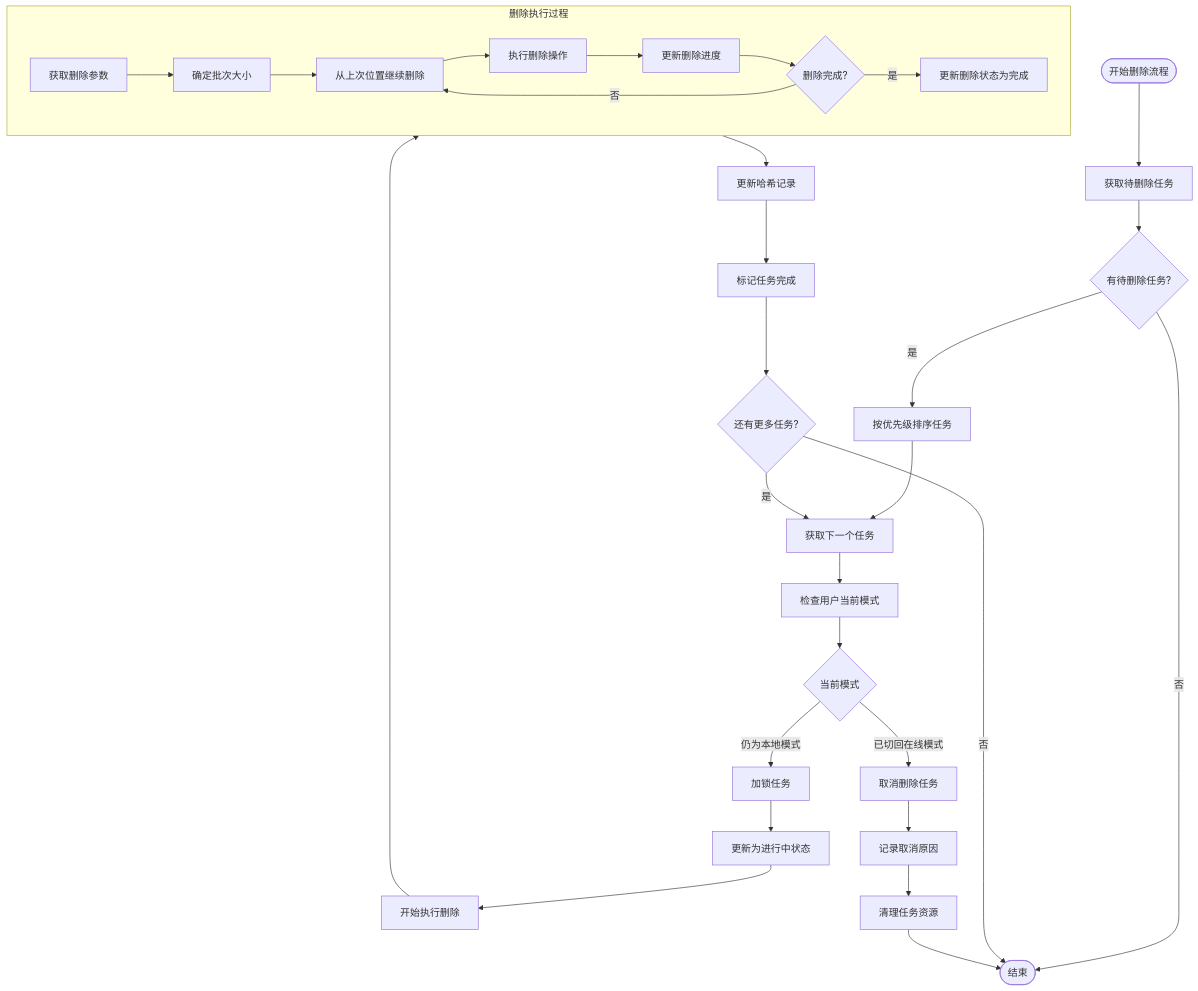
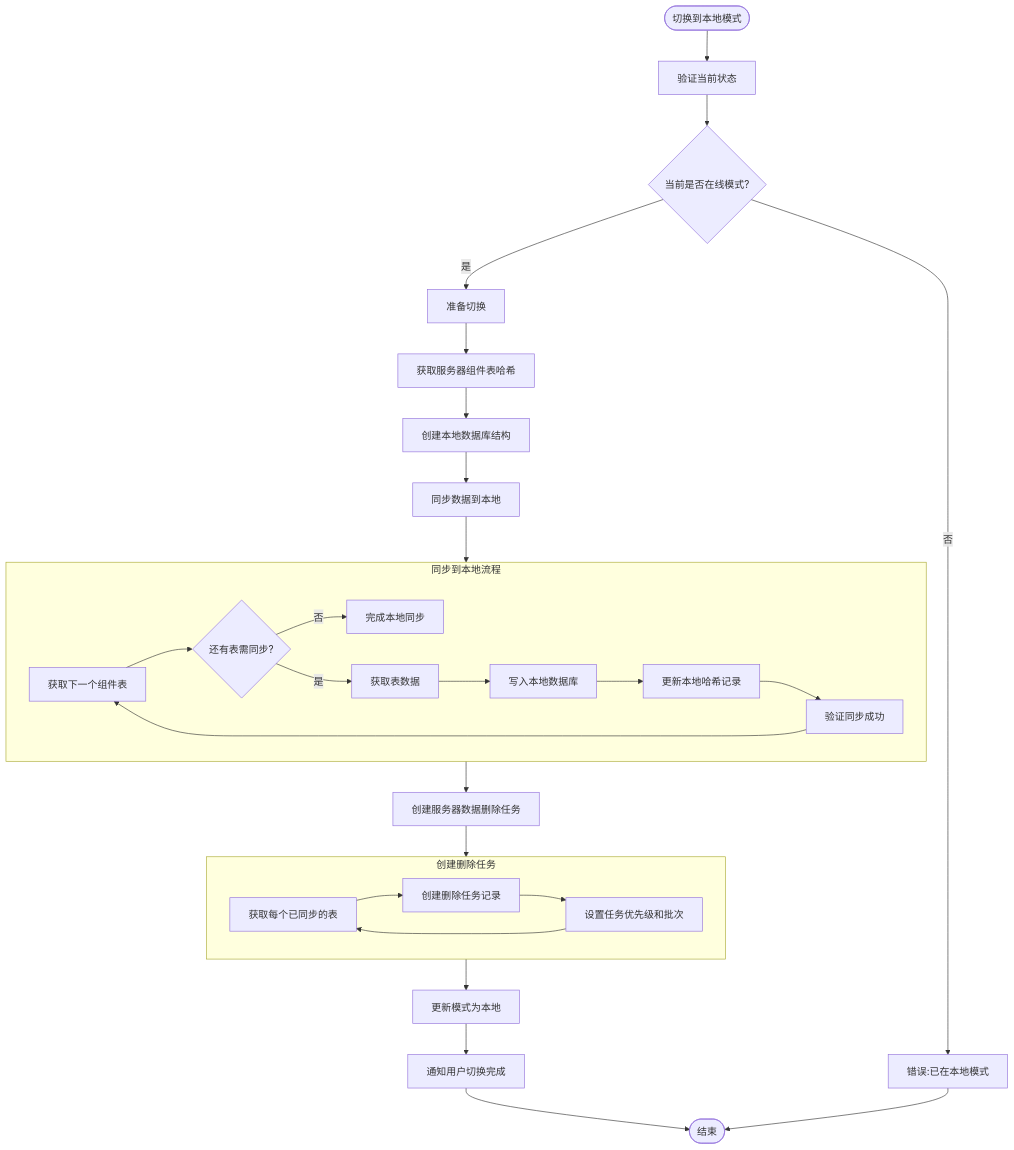
The diagram in all/未命名-51.md (yingjianzh/iodraw-files), drawn with Mermaid before and after one commit.

Commit message:
2025-05-08 15:16:28 update

````diff
--- a/all/未命名-51.md
+++ b/all/未命名-51.md
@@ -1,42 +1,39 @@
 ```mermaid
 flowchart TD
-    Start([开始删除流程]) --> FetchTasks[获取待删除任务]
-    FetchTasks --> HasTasks{有待删除任务?}
+    Start([切换到本地模式]) --> ValidateState[验证当前状态]
+    ValidateState --> CurrentMode{当前是否在线模式?}
     
-    HasTasks -->|否| End([结束])
-    HasTasks -->|是| PrioritizeTasks[按优先级排序任务]
+    CurrentMode -->|否| ErrorMode[错误:已在本地模式]
+    CurrentMode -->|是| PrepareTransition[准备切换]
     
-    PrioritizeTasks --> GetNextTask[获取下一个任务]
-    GetNextTask --> CheckUserMode[检查用户当前模式]
+    PrepareTransition --> A[获取服务器组件表哈希]
+    A --> B[创建本地数据库结构]
+    B --> SyncToLocal[同步数据到本地]
     
-    CheckUserMode --> CurrentMode{当前模式}
-    CurrentMode -->|已切回在线模式| TaskCancel[取消删除任务]
-    CurrentMode -->|仍为本地模式| LockTask[加锁任务]
-    
-    LockTask --> UpdateStatus[更新为进行中状态]
-    UpdateStatus --> BeginDeletion[开始执行删除]
-    
-    subgraph DeletionProcess [删除执行过程]
-        A[获取删除参数] --> B[确定批次大小]
-        B --> C[从上次位置继续删除]
-        C --> D[执行删除操作]
-        D --> E[更新删除进度]
-        E --> F{删除完成?}
-        F -->|否| C
-        F -->|是| G[更新删除状态为完成]
+    subgraph SyncProcess [同步到本地流程]
+        C[获取下一个组件表] --> D{还有表需同步?}
+        D -->|否| CompleteLocalSync[完成本地同步]
+        D -->|是| E[获取表数据]
+        E --> F[写入本地数据库]
+        F --> G[更新本地哈希记录]
+        G --> H[验证同步成功]
+        H --> C
     end
     
-    BeginDeletion --> DeletionProcess
+    SyncToLocal --> SyncProcess
     
-    DeletionProcess --> UpdateHashRecord[更新哈希记录]
-    UpdateHashRecord --> MarkCompleted[标记任务完成]
+    SyncProcess --> CreateDeletionTasks[创建服务器数据删除任务]
     
-    TaskCancel --> LogCancellation[记录取消原因]
-    LogCancellation --> CleanupTask[清理任务资源]
+    subgraph DeletionTasks [创建删除任务]
+        I[获取每个已同步的表] --> J[创建删除任务记录]
+        J --> K[设置任务优先级和批次]
+        K --> I
+    end
     
-    MarkCompleted --> CheckMoreTasks{还有更多任务?}
-    CheckMoreTasks -->|是| GetNextTask
-    CheckMoreTasks -->|否| End
+    CreateDeletionTasks --> DeletionTasks
+    DeletionTasks --> UpdateModeLocal[更新模式为本地]
+    UpdateModeLocal --> NotifyUserComplete[通知用户切换完成]
     
-    CleanupTask --> End
+    NotifyUserComplete --> End([结束])
+    ErrorMode --> End
 ```
````
